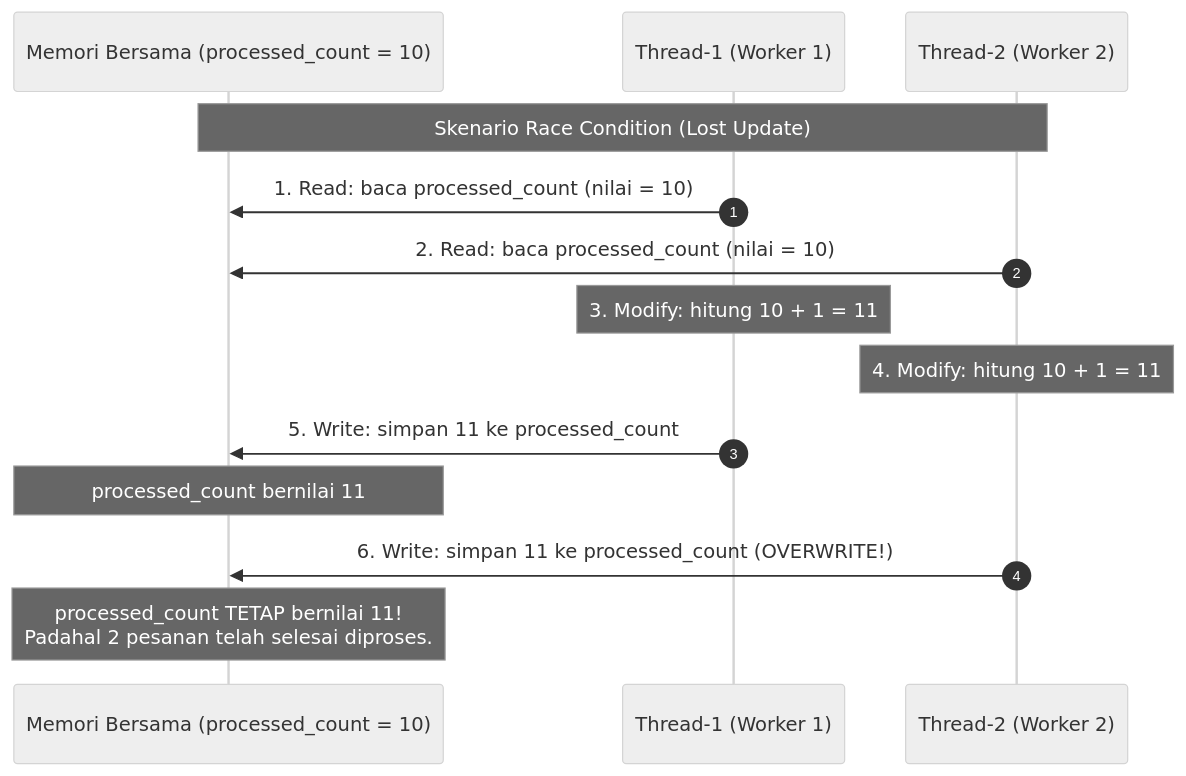
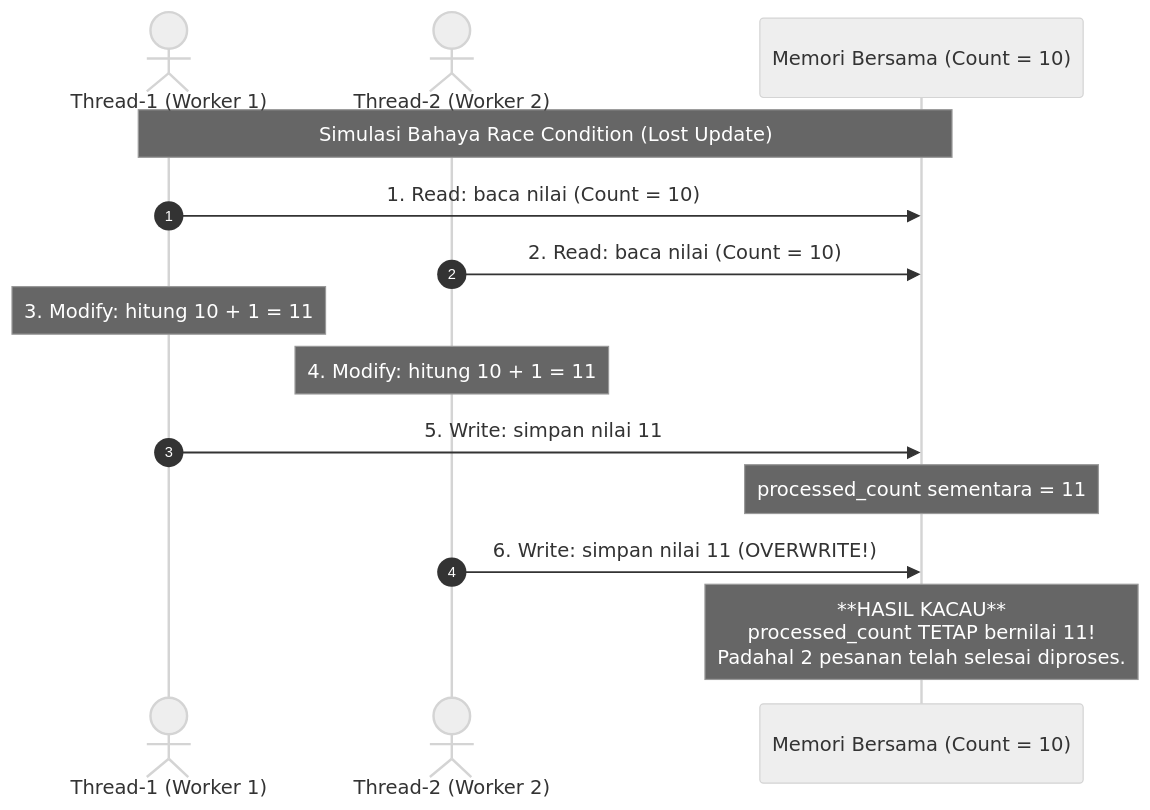
Before and after one commit to stefanusandr/komputasi-awan-dan-terdistribusi: the first of 2 diagrams in tugas-03-multithreading-container/ANALISIS-TEMPLATE.md, drawn with Mermaid (neutral theme). The commit also changed other lines of this file, not shown here.

````diff
--- a/tugas-03-multithreading-container/ANALISIS-TEMPLATE.md
+++ b/tugas-03-multithreading-container/ANALISIS-TEMPLATE.md
@@ -42,17 +42,23 @@
 ```mermaid
 sequenceDiagram
     autonumber
-    participant Memori as Memori Bersama (processed_count = 10)
-    participant T1 as Thread-1 (Worker 1)
-    participant T2 as Thread-2 (Worker 2)
+    
+    actor T1 as Thread-1 (Worker 1)
+    actor T2 as Thread-2 (Worker 2)
+    participant Memori as Memori Bersama (Count = 10)
 
-    Note over Memori, T2: Skenario Race Condition (Lost Update)
-    T1->>Memori: 1. Read: baca processed_count (nilai = 10)
-    T2->>Memori: 2. Read: baca processed_count (nilai = 10)
+    Note over T1, Memori: Simulasi Bahaya Race Condition (Lost Update)
+
+    T1->>Memori: 1. Read: baca nilai (Count = 10)
+    T2->>Memori: 2. Read: baca nilai (Count = 10)
+
     Note over T1: 3. Modify: hitung 10 + 1 = 11
     Note over T2: 4. Modify: hitung 10 + 1 = 11
-    T1->>Memori: 5. Write: simpan 11 ke processed_count
-    Note over Memori: processed_count bernilai 11
-    T2->>Memori: 6. Write: simpan 11 ke processed_count (OVERWRITE!)
-    Note over Memori: processed_count TETAP bernilai 11!<br/>Padahal 2 pesanan telah selesai diproses.
+
+    T1->>Memori: 5. Write: simpan nilai 11
+    Note over Memori: processed_count sementara = 11
+
+    T2->>Memori: 6. Write: simpan nilai 11 (OVERWRITE!)
+    
+    Note over Memori: **HASIL KACAU** <br/>processed_count TETAP bernilai 11!<br/>Padahal 2 pesanan telah selesai diproses.
 ```
````
